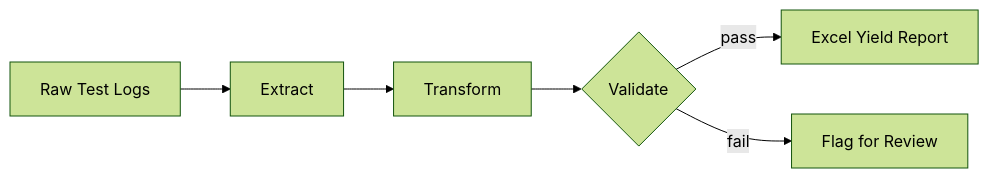
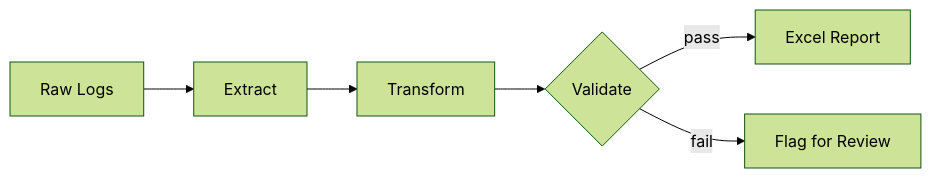
One commit to Iamrentoria211/Iamrentoria211 changed the third of 3 diagrams in README.md. Above: the diagram before and after it, drawn with Mermaid (forest theme). The commit also changed other lines of this file, not shown here.

````diff
--- a/README.md
+++ b/README.md
@@ -144,8 +144,8 @@
 ```mermaid
 flowchart LR
-    A[Raw Test Logs] --> B[Extract]
+    A[Raw Logs] --> B[Extract]
     B --> C[Transform]
     C --> D{Validate}
-    D -->|pass| E[Excel Yield Report]
+    D -->|pass| E[Excel Report]
     D -->|fail| F[Flag for Review]
 ```
````
